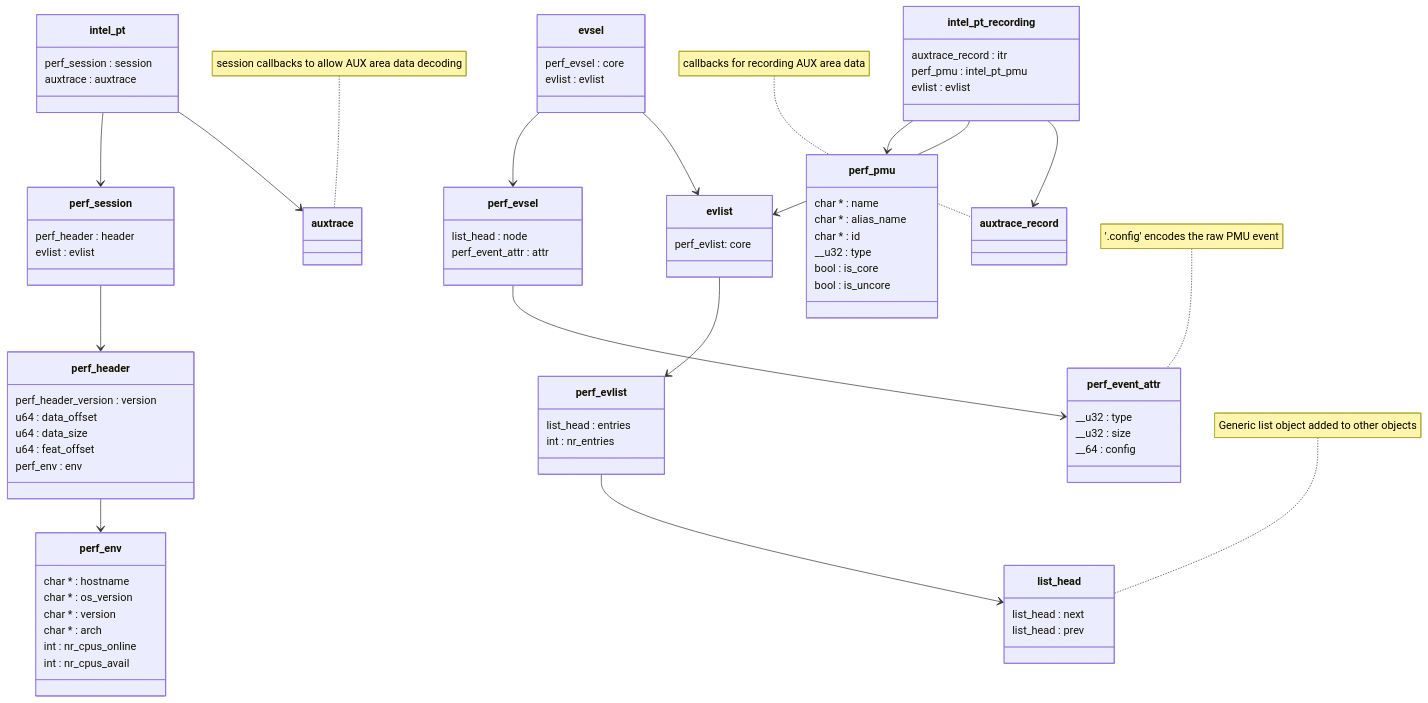
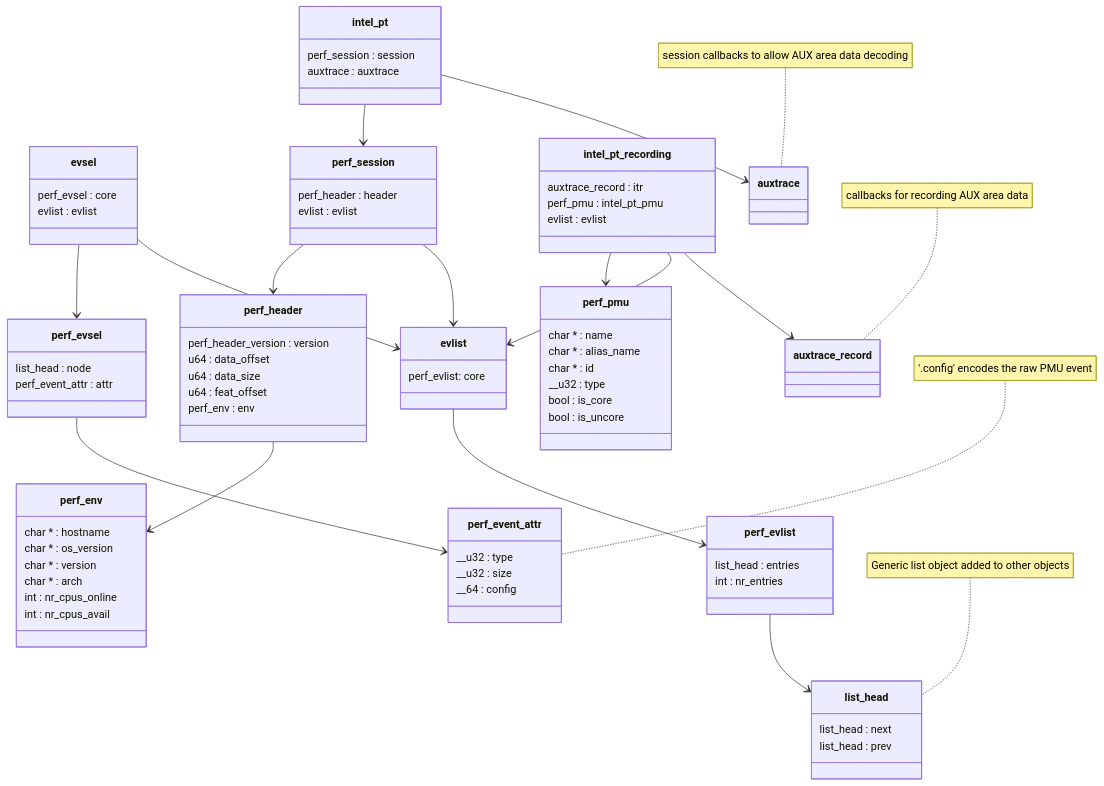
One commit to jamesodhunt/foo changed the diagram in mermaid-classes-2.md. Above: the diagram before and after it, drawn with Mermaid.

```diff
--- a/mermaid-classes-2.md
+++ b/mermaid-classes-2.md
@@ -95,6 +95,7 @@
     perf_evsel --> perf_event_attr
     perf_evlist --> list_head
     perf_session --> perf_header
+    perf_session --> evlist
     perf_header --> perf_env
     intel_pt --> perf_session
     intel_pt --> auxtrace
```
